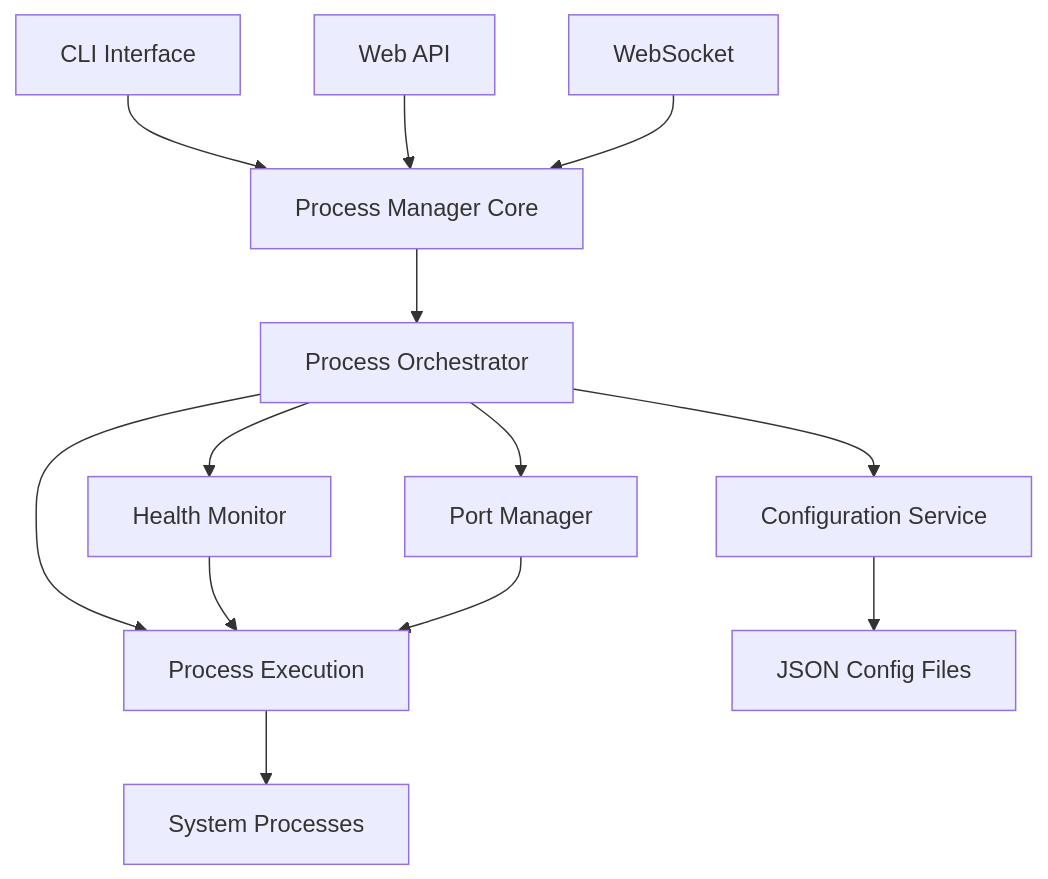
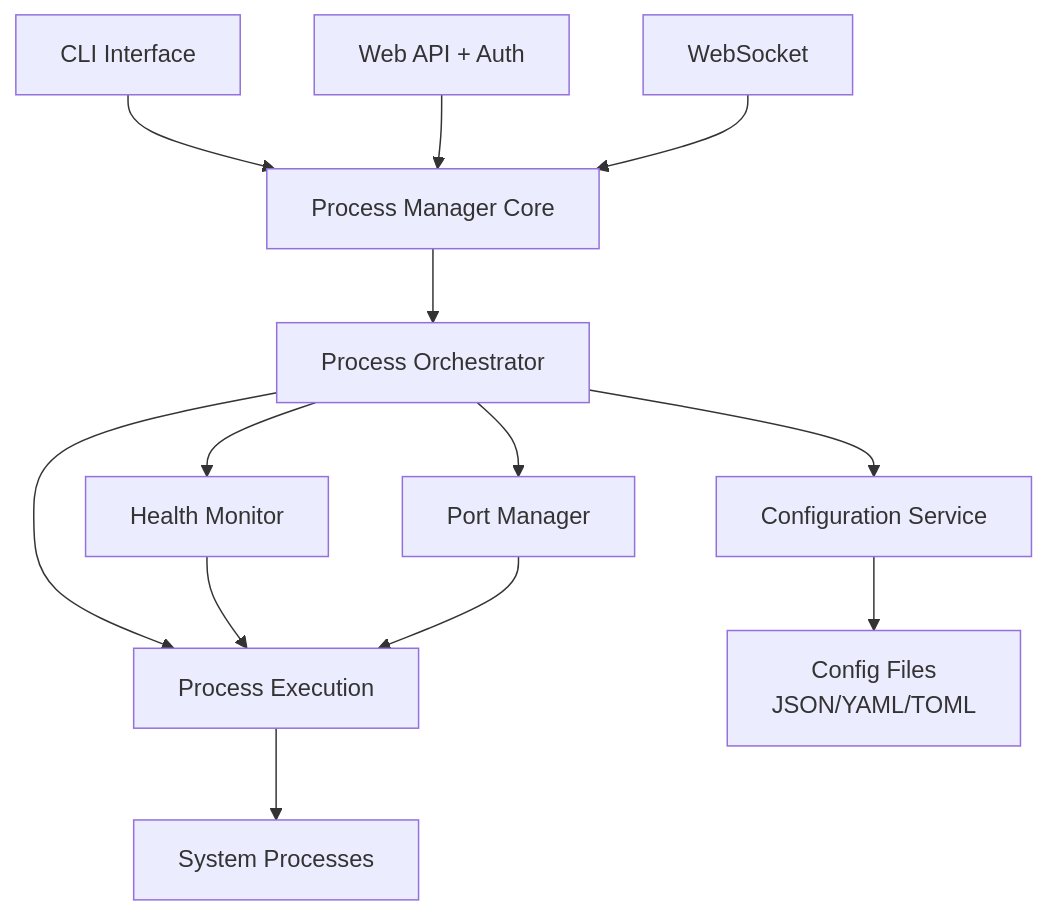
The diagram in docs/docs/getting-started/introduction.md (entrepeneur4lyf/pmdaemon), drawn with Mermaid before and after one commit. The commit also changed other lines of this file and 314 other files, not shown here.

````diff
--- a/docs/docs/getting-started/introduction.md
+++ b/docs/docs/getting-started/introduction.md
@@ -45,15 +47,15 @@
 ```mermaid
 graph TD
     A[CLI Interface] --> B[Process Manager Core]
-    C[Web API] --> B
+    C[Web API + Auth] --> B
     D[WebSocket] --> B
     B --> E[Process Orchestrator]
     E --> F[Process Execution]
     E --> G[Health Monitor]
     E --> H[Port Manager]
     E --> I[Configuration Service]
     F --> J[System Processes]
     G --> F
     H --> F
-    I --> K[JSON Config Files]
+    I --> K[Config Files<br>JSON/YAML/TOML]
 ```
````
